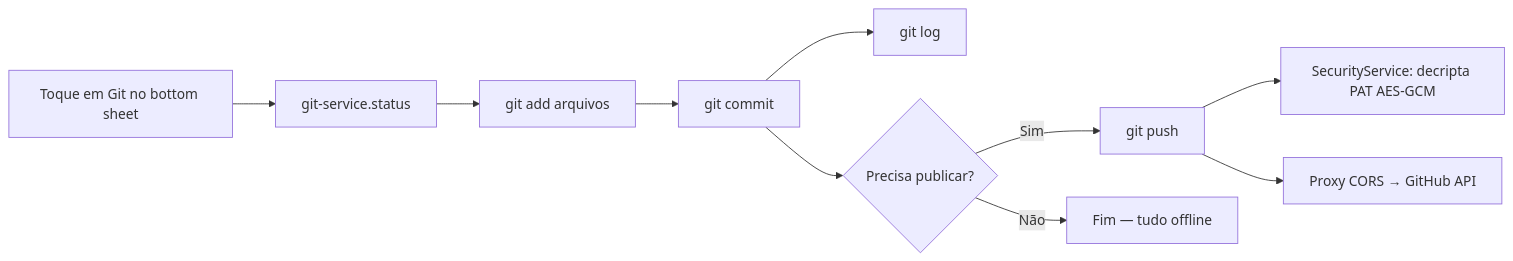
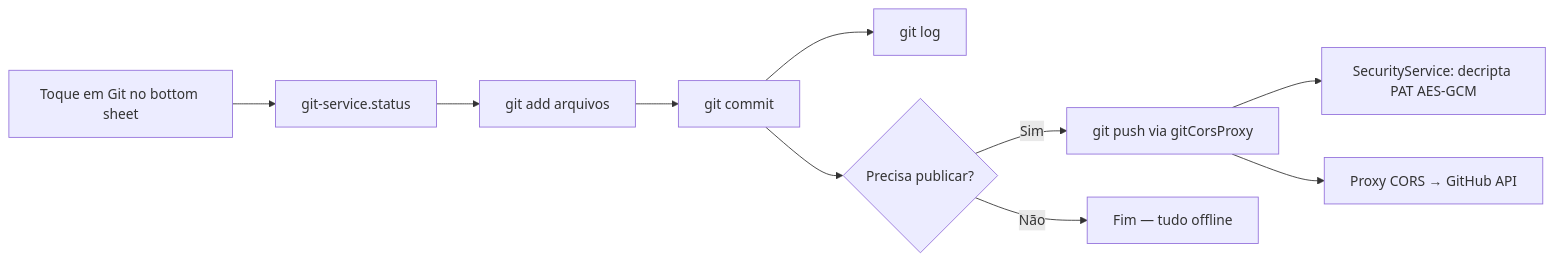
Before and after one commit to renato0503/caim: the fifth of 6 diagrams in docs/diagrams/workflows.md, drawn with Mermaid. The commit also changed other lines of this file and 2 other files, not shown here.

````diff
--- a/docs/diagrams/workflows.md
+++ b/docs/diagrams/workflows.md
@@ -141,14 +145,14 @@
 ```mermaid
 flowchart LR
-    %% Workflow git planejado (S2)
+    %% Workflow git implementado (S2)
     G[Toque em Git no bottom sheet] --> S[git-service.status]
     S --> A1[git add arquivos]
     A1 --> CM[git commit]
     CM --> LG[git log]
 
     CM --> PS{Precisa publicar?}
-    PS -- Sim --> PUSH[git push]
+    PS -- Sim --> PUSH[git push via gitCorsProxy]
     PUSH --> TK[SecurityService: decripta PAT AES-GCM]
     PUSH --> CORS[Proxy CORS → GitHub API]
     PS -- Não --> F[Fim — tudo offline]
 ```
````
